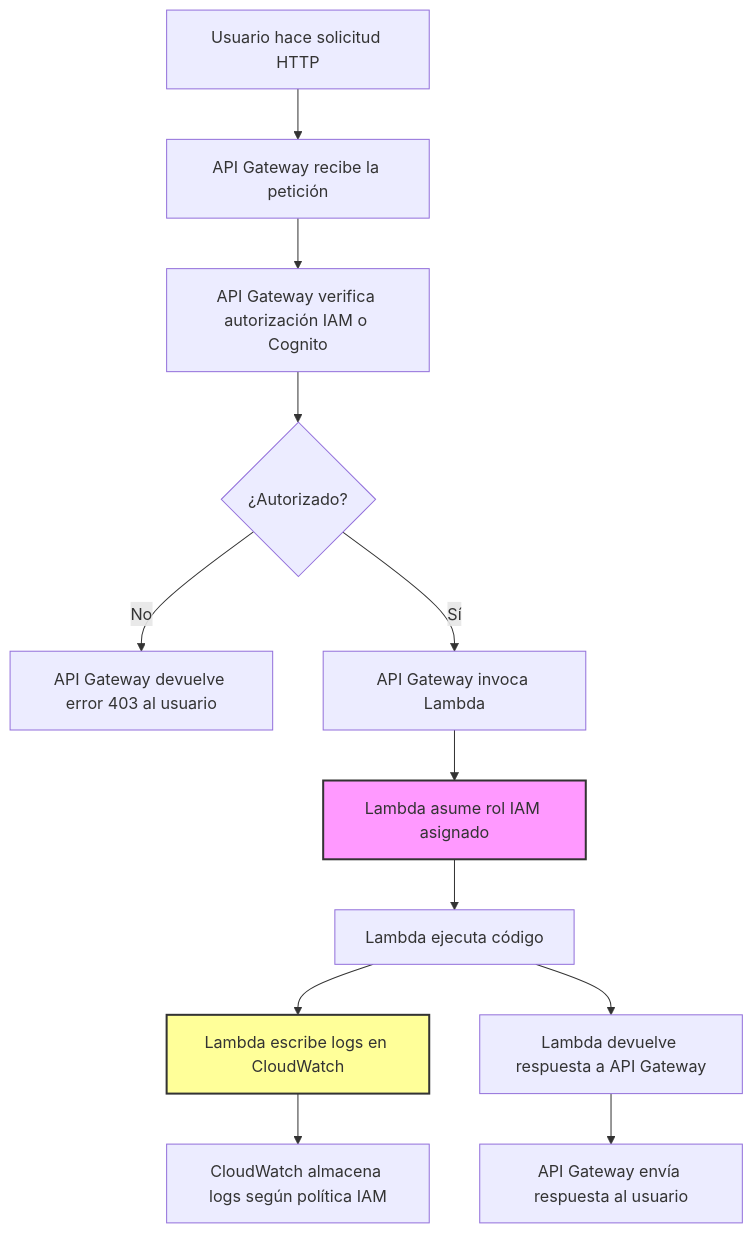
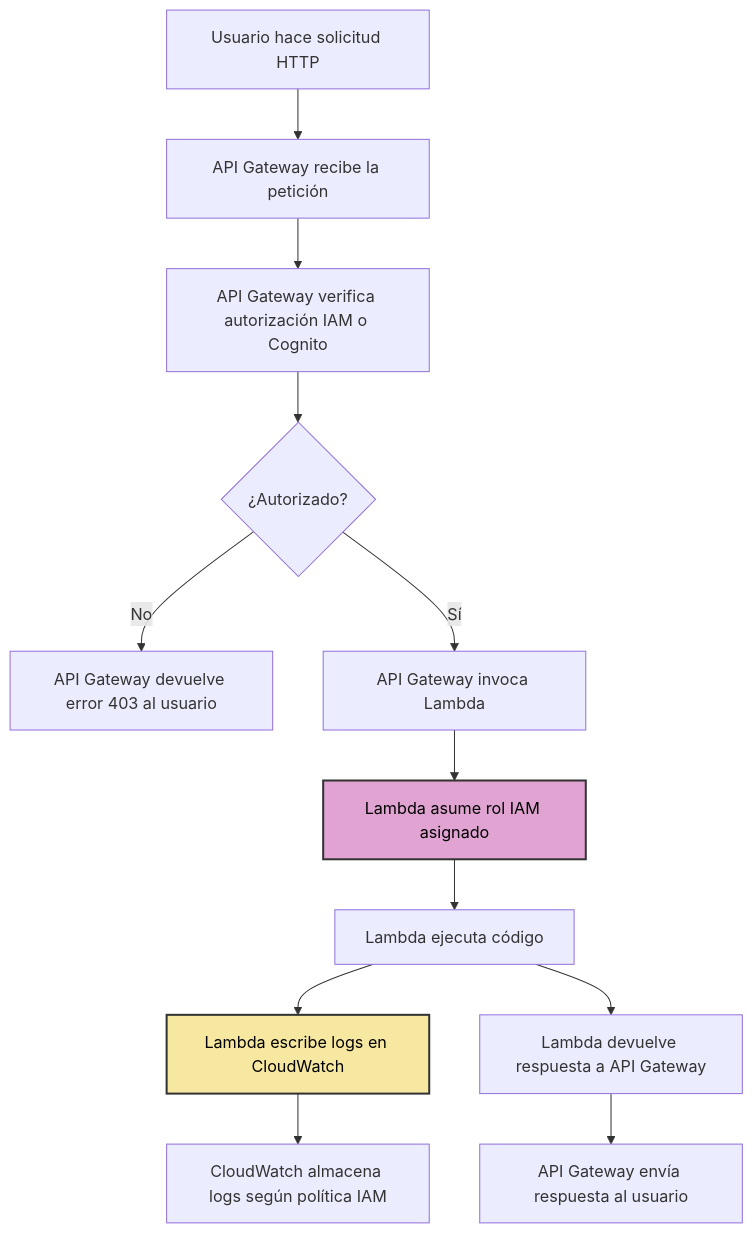
The third of 4 diagrams in learning/README.md (samuelrojasm/lab-aws-lambda-hello-world), drawn with Mermaid before and after one commit.

Commit message:
lab-aws-lambda

````diff
--- a/learning/README.md
+++ b/learning/README.md
@@ -145,27 +145,27 @@
 ```mermaid
 flowchart TD
     %% Inicio de la petición
     A[Usuario hace solicitud HTTP] --> B[API Gateway recibe la petición]
 
     %% Validación y autorización
     B --> C[API Gateway verifica autorización IAM o Cognito]
     C --> D{¿Autorizado?}
     D -- No --> I[API Gateway devuelve error 403 al usuario]
     D -- Sí --> E[API Gateway invoca Lambda]
 
     %% Ejecución de Lambda
     E --> F[Lambda asume rol IAM asignado]
     F --> G[Lambda ejecuta código]
     
     %% Logs y permisos
     G --> H[Lambda escribe logs en CloudWatch]
     H --> J[CloudWatch almacena logs según política IAM]
 
     %% Respuesta final
     G --> K[Lambda devuelve respuesta a API Gateway]
     K --> L[API Gateway envía respuesta al usuario]
 
     %% Leyenda
-    style F fill:#f9f,stroke:#333,stroke-width:2px
-    style H fill:#ff9,stroke:#333,stroke-width:2px
+    style F fill:#e0a3d2,stroke:#333,stroke-width:2px,color:black
+    style H fill:#f6e7a1,stroke:#333,stroke-width:2px,color:black
 ```
````
